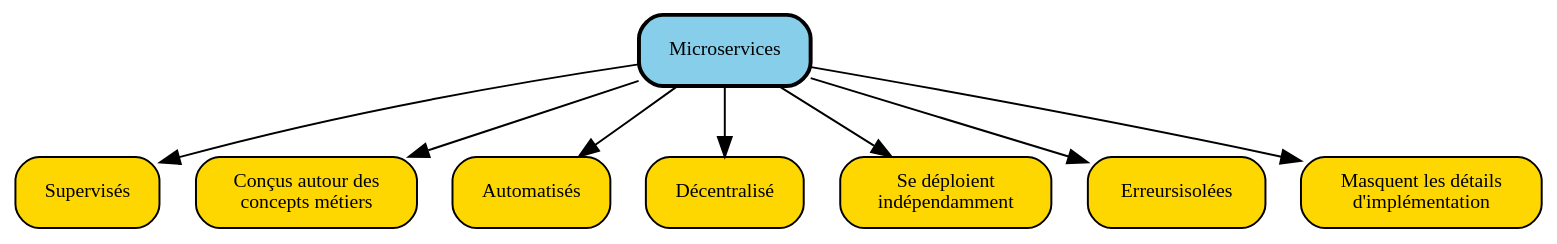
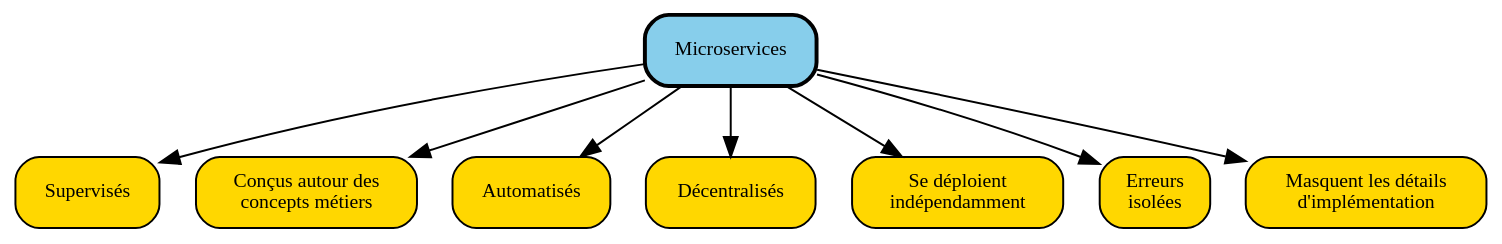
The diagram in images/msprincipes.dot (nherbaut/containers_microservices_factory_poster), drawn with Graphviz before and after one commit. The commit also changed 6 other files, not shown here.

```diff
--- a/images/msprincipes.dot
+++ b/images/msprincipes.dot
@@ -1,25 +1,25 @@
 digraph{
 	
 
 g [shape="box",style="rounded,filled", fillcolor="gold", label="Supervisés", fontsize="10"];
 c [shape="box",style="rounded,filled", fillcolor="gold", label="Conçus autour des\nconcepts métiers", fontsize="10"];
 d [shape="box",style="rounded,filled", fillcolor="gold", label="Automatisés", fontsize="10"];
 
-f [shape="box",style="rounded,filled", fillcolor="gold", label="Décentralisé", fontsize="10"];
+f [shape="box",style="rounded,filled", fillcolor="gold", label="Décentralisés", fontsize="10"];
 b [shape="box",style="rounded,filled", fillcolor="gold", label="Se déploient\nindépendamment", fontsize="10"];
-a [shape="box",style="rounded,filled", fillcolor="gold", label="Erreurs\isolées", fontsize="10"];
+a [shape="box",style="rounded,filled", fillcolor="gold", label="Erreurs\nisolées", fontsize="10"];
 e [shape="box",style="rounded,filled", fillcolor="gold", label="Masquent les détails\nd'implémentation", fontsize="10"];
 ms [shape="box",style="rounded,filled,bold", fillcolor="skyblue", label="Microservices", fontsize="10", ];
 
 
 ms->a [len=1.2];
 ms->b [len=1.2];
 ms->c [len=1.2];
 ms->d [len=1.2];
 ms->e [len=1.2];
 ms->f[len=1.2] ;
 ms->g[len=1.2] ;
 
 bgcolor=transparent;	
 margin=0;
 }
```
